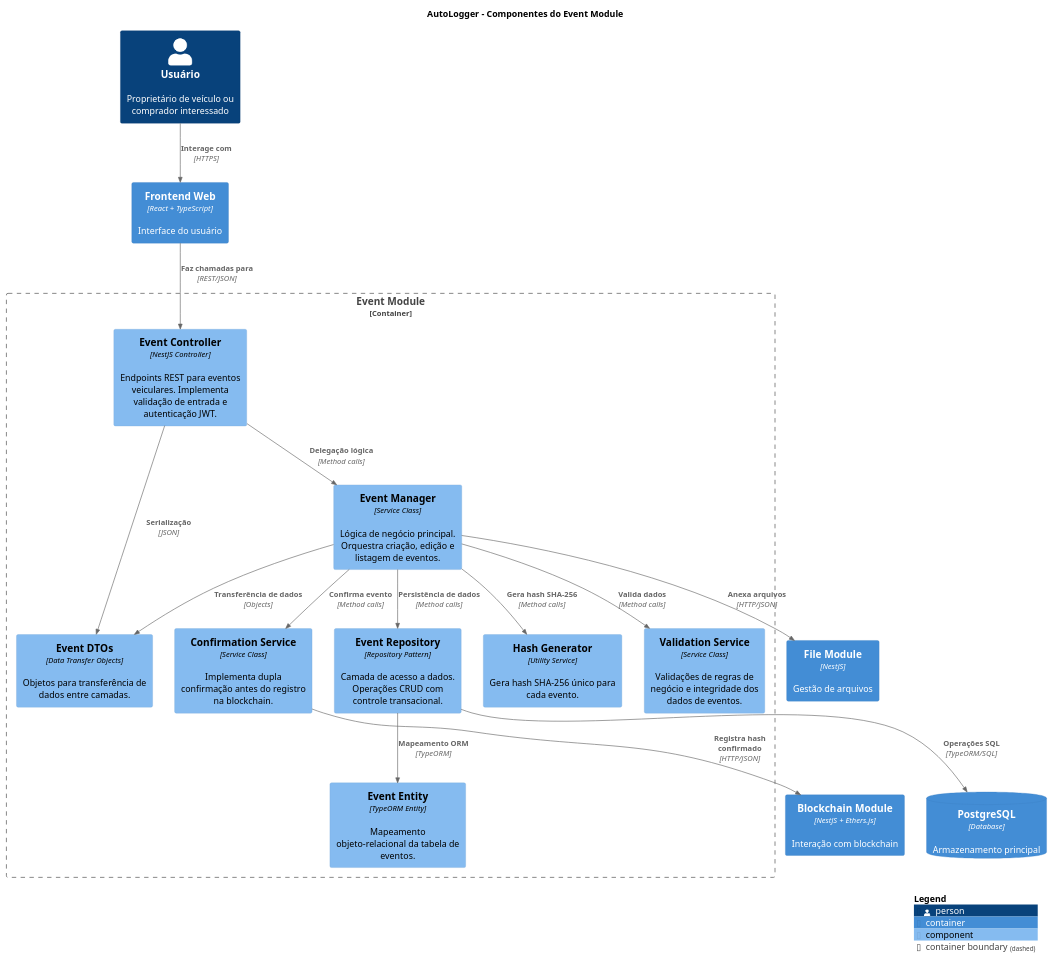
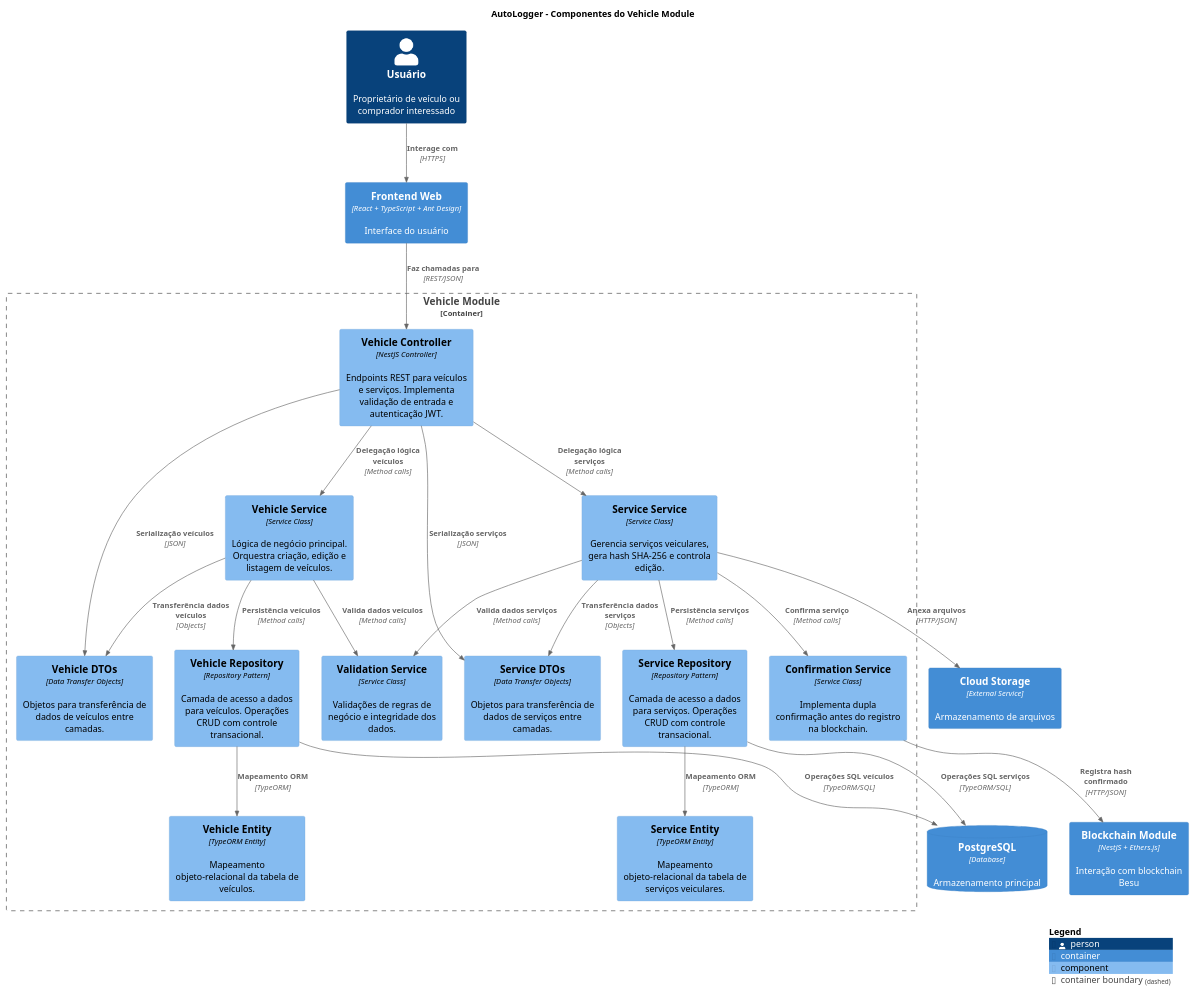
Before and after one commit to Pellegr1n1/autologger-services: the third of 4 diagrams in docs/c4_architecture/c4_architecture.puml, drawn with PlantUML. The commit also changed other lines of this file and 35 other files, not shown here.

```diff
--- a/docs/c4_architecture/c4_architecture.puml
+++ b/docs/c4_architecture/c4_architecture.puml
@@ -92,51 +84,63 @@
 @startuml c4_level3
 !includeurl https://raw.githubusercontent.com/plantuml-stdlib/C4-PlantUML/master/C4_Component.puml
 
-title AutoLogger - Componentes do Event Module
+title AutoLogger - Componentes do Vehicle Module
 
 LAYOUT_TOP_DOWN()
 
 Person(user, "Usuário", "Proprietário de veículo ou comprador interessado")
-Container(frontend, "Frontend Web", "React + TypeScript", "Interface do usuário")
-Container(blockchain_module, "Blockchain Module", "NestJS + Ethers.js", "Interação com blockchain")
-Container(file_module, "File Module", "NestJS", "Gestão de arquivos")
+Container(frontend, "Frontend Web", "React + TypeScript + Ant Design", "Interface do usuário")
+Container(blockchain_module, "Blockchain Module", "NestJS + Ethers.js", "Interação com blockchain Besu")
+Container(storage_ext, "Cloud Storage", "External Service", "Armazenamento de arquivos")
 ContainerDb(database, "PostgreSQL", "Database", "Armazenamento principal")
 
-Container_Boundary(event_module, "Event Module") {
-    Component(event_controller, "Event Controller", "NestJS Controller", "Endpoints REST para eventos veiculares. Implementa validação de entrada e autenticação JWT.")
+Container_Boundary(vehicle_module, "Vehicle Module") {
+    Component(vehicle_controller, "Vehicle Controller", "NestJS Controller", "Endpoints REST para veículos e serviços. Implementa validação de entrada e autenticação JWT.")
     
-    Component(event_manager, "Event Manager", "Service Class", "Lógica de negócio principal. Orquestra criação, edição e listagem de eventos.")
+    Component(vehicle_service, "Vehicle Service", "Service Class", "Lógica de negócio principal. Orquestra criação, edição e listagem de veículos.")
     
-    Component(hash_generator, "Hash Generator", "Utility Service", "Gera hash SHA-256 único para cada evento.")
+    Component(service_service, "Service Service", "Service Class", "Gerencia serviços veiculares, gera hash SHA-256 e controla edição.")
     
-    Component(validation_service, "Validation Service", "Service Class", "Validações de regras de negócio e integridade dos dados de eventos.")
+    Component(validation_service, "Validation Service", "Service Class", "Validações de regras de negócio e integridade dos dados.")
     
     Component(confirmation_service, "Confirmation Service", "Service Class", "Implementa dupla confirmação antes do registro na blockchain.")
     
-    Component(event_repository, "Event Repository", "Repository Pattern", "Camada de acesso a dados. Operações CRUD com controle transacional.")
+    Component(vehicle_repository, "Vehicle Repository", "Repository Pattern", "Camada de acesso a dados para veículos. Operações CRUD com controle transacional.")
     
-    Component(event_dto, "Event DTOs", "Data Transfer Objects", "Objetos para transferência de dados entre camadas.")
+    Component(service_repository, "Service Repository", "Repository Pattern", "Camada de acesso a dados para serviços. Operações CRUD com controle transacional.")
     
-    Component(event_entity, "Event Entity", "TypeORM Entity", "Mapeamento objeto-relacional da tabela de eventos.")
+    Component(vehicle_dto, "Vehicle DTOs", "Data Transfer Objects", "Objetos para transferência de dados de veículos entre camadas.")
+    
+    Component(service_dto, "Service DTOs", "Data Transfer Objects", "Objetos para transferência de dados de serviços entre camadas.")
+    
+    Component(vehicle_entity, "Vehicle Entity", "TypeORM Entity", "Mapeamento objeto-relacional da tabela de veículos.")
+    
+    Component(service_entity, "Service Entity", "TypeORM Entity", "Mapeamento objeto-relacional da tabela de serviços veiculares.")
 }
 
 Rel(user, frontend, "Interage com", "HTTPS")
-Rel(frontend, event_controller, "Faz chamadas para", "REST/JSON")
+Rel(frontend, vehicle_controller, "Faz chamadas para", "REST/JSON")
 
-Rel(event_controller, event_manager, "Delegação lógica", "Method calls")
-Rel(event_manager, validation_service, "Valida dados", "Method calls")
-Rel(event_manager, hash_generator, "Gera hash SHA-256", "Method calls")
-Rel(event_manager, confirmation_service, "Confirma evento", "Method calls")
-Rel(event_manager, event_repository, "Persistência de dados", "Method calls")
+Rel(vehicle_controller, vehicle_service, "Delegação lógica veículos", "Method calls")
+Rel(vehicle_controller, service_service, "Delegação lógica serviços", "Method calls")
+Rel(vehicle_service, validation_service, "Valida dados veículos", "Method calls")
+Rel(service_service, validation_service, "Valida dados serviços", "Method calls")
+Rel(service_service, confirmation_service, "Confirma serviço", "Method calls")
+Rel(vehicle_service, vehicle_repository, "Persistência veículos", "Method calls")
+Rel(service_service, service_repository, "Persistência serviços", "Method calls")
 
-Rel(event_repository, event_entity, "Mapeamento ORM", "TypeORM")
-Rel(event_repository, database, "Operações SQL", "TypeORM/SQL")
+Rel(vehicle_repository, vehicle_entity, "Mapeamento ORM", "TypeORM")
+Rel(service_repository, service_entity, "Mapeamento ORM", "TypeORM")
+Rel(vehicle_repository, database, "Operações SQL veículos", "TypeORM/SQL")
+Rel(service_repository, database, "Operações SQL serviços", "TypeORM/SQL")
 
-Rel(event_controller, event_dto, "Serialização", "JSON")
-Rel(event_manager, event_dto, "Transferência de dados", "Objects")
+Rel(vehicle_controller, vehicle_dto, "Serialização veículos", "JSON")
+Rel(vehicle_controller, service_dto, "Serialização serviços", "JSON")
+Rel(vehicle_service, vehicle_dto, "Transferência dados veículos", "Objects")
+Rel(service_service, service_dto, "Transferência dados serviços", "Objects")
 
 Rel(confirmation_service, blockchain_module, "Registra hash confirmado", "HTTP/JSON")
-Rel(event_manager, file_module, "Anexa arquivos", "HTTP/JSON")
+Rel(service_service, storage_ext, "Anexa arquivos", "HTTP/JSON")
 
 SHOW_LEGEND()
 @enduml
```
